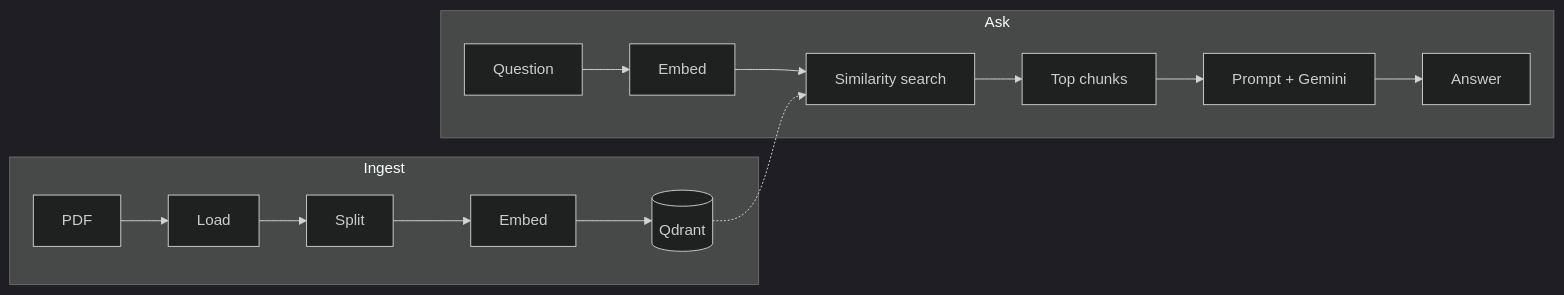
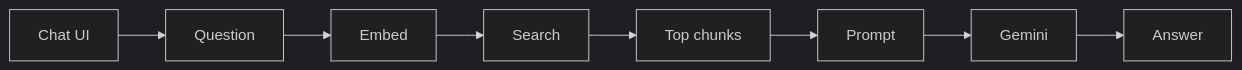
The second of 5 diagrams in README.md (pushpendraf31/fxhive-rag), drawn with Mermaid (dark theme) before and after one commit. The commit also changed other lines of this file, not shown here.

````diff
--- a/README.md
+++ b/README.md
@@ -156,12 +154,10 @@
 ```mermaid
 flowchart LR
-  subgraph Ingest
-    A[PDF] --> B[Load] --> C[Split] --> D[Embed] --> E[(Qdrant)]
-  end
-
-  subgraph Ask
-    F[Question] --> G[Embed] --> H[Similarity search]
-    E -.-> H
-    H --> I[Top chunks] --> J[Prompt + Gemini] --> K[Answer]
-  end
+  A[Chat UI] --> B[Question]
+  B --> C[Embed]
+  C --> D[Search]
+  D --> E[Top chunks]
+  E --> F[Prompt]
+  F --> G[Gemini]
+  G --> H[Answer]
 ```
````
